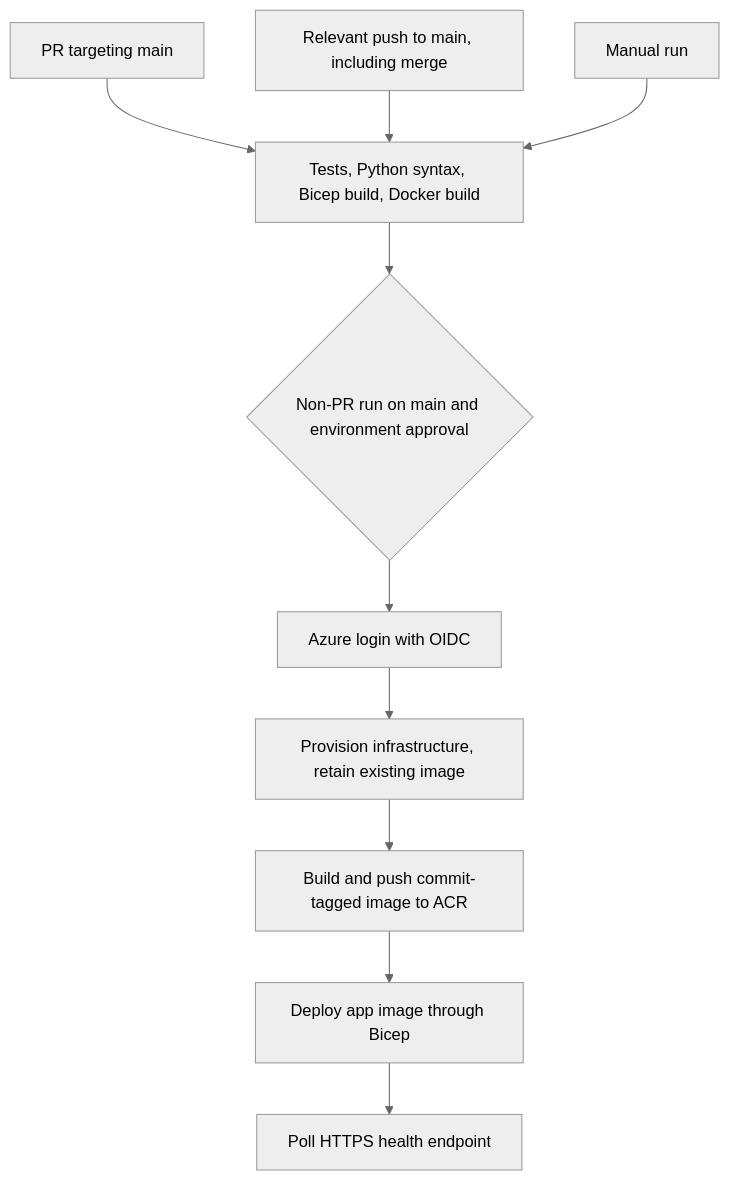
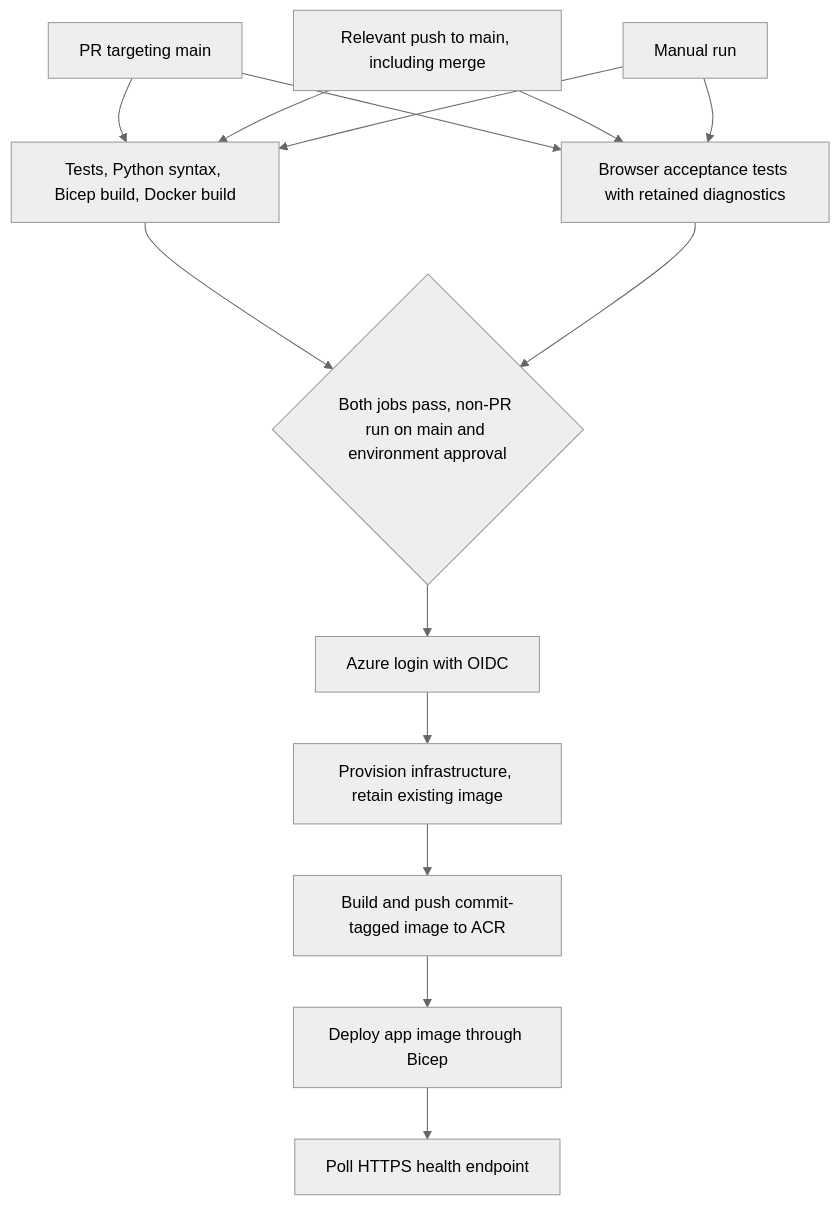
One commit to silent-vector-26/support-assistant changed the sixth of 6 diagrams in docs/SDD.md. Above: the diagram before and after it, drawn with Mermaid (neutral theme). The commit also changed other lines of this file and 8 other files, not shown here.

First line of the commit message:
Add browser acceptance tests and deployment gate (#9)

````diff
--- a/docs/SDD.md
+++ b/docs/SDD.md
@@ -179,12 +180,16 @@
 ```mermaid
 flowchart TD
     PR["PR targeting main"] --> Validate["Tests, Python syntax, Bicep build, Docker build"]
     Merge["Relevant push to main, including merge"] --> Validate
     Manual["Manual run"] --> Validate
-    Validate --> Gate{"Non-PR run on main and environment approval"}
+    PR --> BrowserTests["Browser acceptance tests with retained diagnostics"]
+    Merge --> BrowserTests
+    Manual --> BrowserTests
+    Validate --> Gate{"Both jobs pass, non-PR run on main and environment approval"}
+    BrowserTests --> Gate
     Gate --> OIDC["Azure login with OIDC"]
     OIDC --> Infra["Provision infrastructure, retain existing image"]
     Infra --> Build["Build and push commit-tagged image to ACR"]
     Build --> Deploy["Deploy app image through Bicep"]
     Deploy --> Health["Poll HTTPS health endpoint"]
 ```
````
